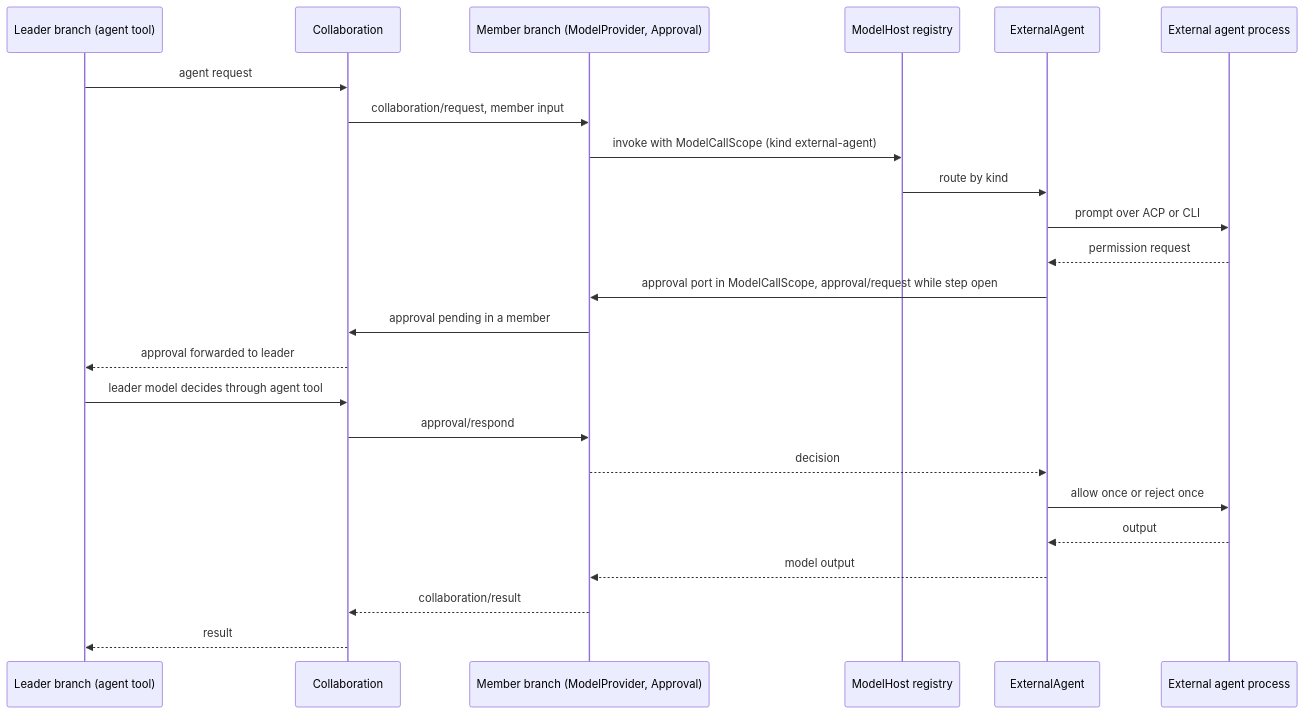
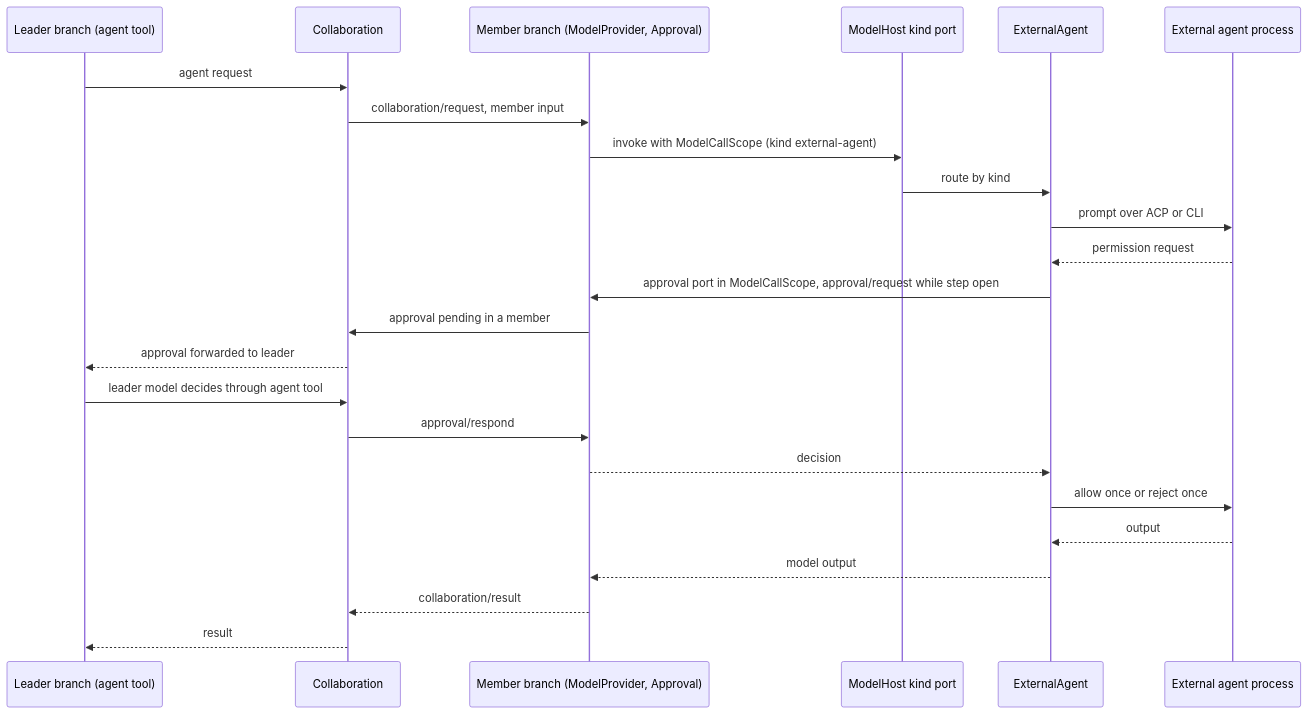
Before and after one commit to CoutinhoTTS/dim-agent: the seventh of 9 diagrams in docs/design/overview.md, drawn with Mermaid. The commit also changed other lines of this file, not shown here.

````diff
--- a/docs/design/overview.md
+++ b/docs/design/overview.md
@@ -254,26 +270,26 @@
 ```mermaid
 sequenceDiagram
   participant L as Leader branch (agent tool)
   participant C as Collaboration
   participant M as Member branch (ModelProvider, Approval)
-  participant MH as ModelHost registry
+  participant MH as ModelHost kind port
   participant X as ExternalAgent
   participant EA as External agent process
   L->>C: agent request
   C->>M: collaboration/request, member input
   M->>MH: invoke with ModelCallScope (kind external-agent)
   MH->>X: route by kind
   X->>EA: prompt over ACP or CLI
   EA-->>X: permission request
   X->>M: approval port in ModelCallScope, approval/request while step open
   M->>C: approval pending in a member
   C-->>L: approval forwarded to leader
   L->>C: leader model decides through agent tool
   C->>M: approval/respond
   M-->>X: decision
   X->>EA: allow once or reject once
   EA-->>X: output
   X-->>M: model output
   M-->>C: collaboration/result
   C-->>L: result
 ```
````
